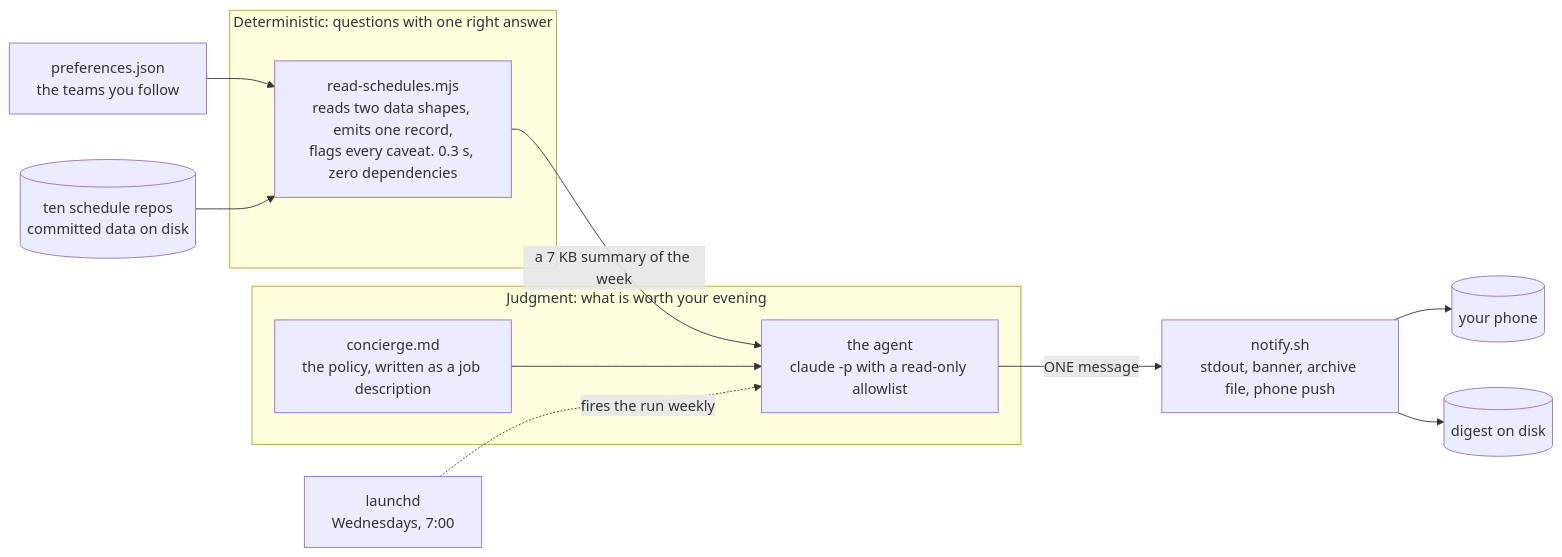
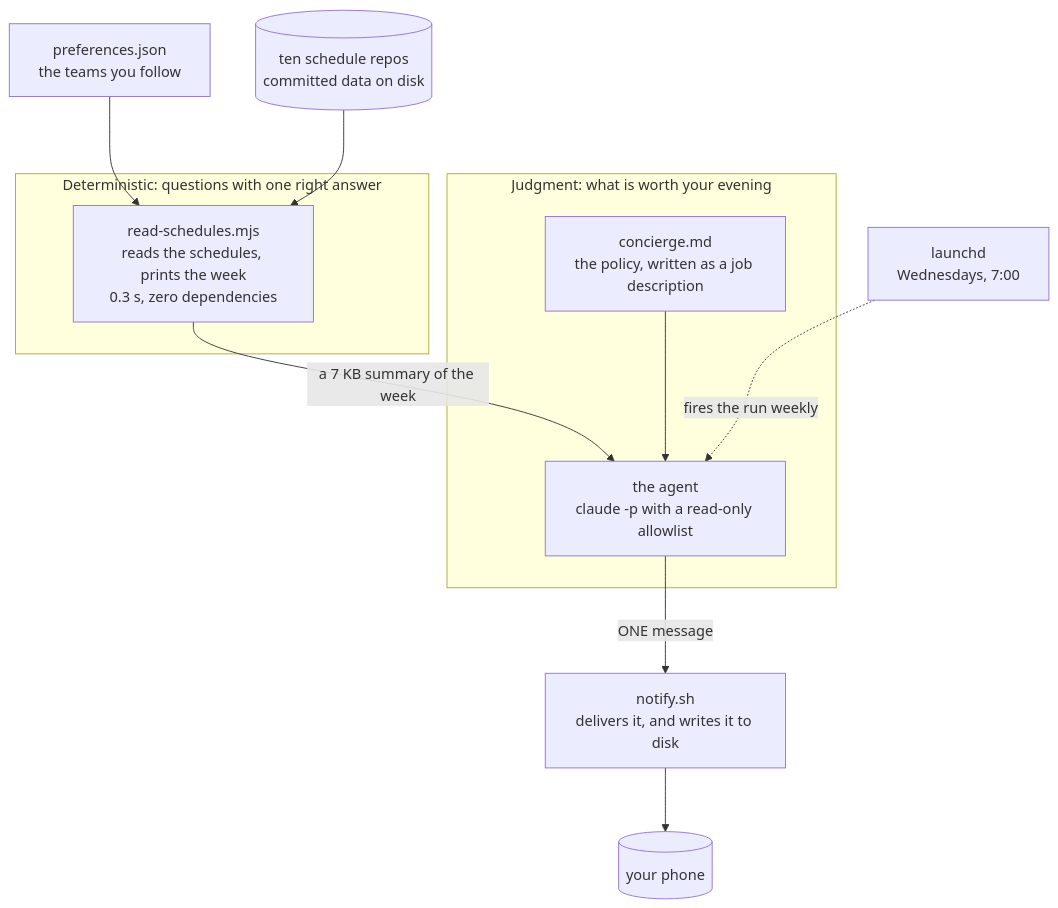
One commit to ismayc/never-miss-a-game changed the diagram in README.md. Above: the diagram before and after it, drawn with Mermaid. The commit also changed other lines of this file and 5 other files, not shown here.

````diff
--- a/README.md
+++ b/README.md
@@ -26,16 +9,16 @@
 ```mermaid
-flowchart LR
+%%{init: {"flowchart": {"nodeSpacing": 50, "rankSpacing": 70, "padding": 16}}}%%
+flowchart TD
     P["preferences.json<br/>the teams you follow"] --> T
     R[("ten schedule repos<br/>committed data on disk")] --> T
     subgraph det["Deterministic: questions with one right answer"]
-        T["read-schedules.mjs<br/>reads two data shapes, emits one record,<br/>flags every caveat. 0.3 s, zero dependencies"]
+        T["read-schedules.mjs<br/>reads the schedules, prints the week<br/>0.3 s, zero dependencies"]
     end
     T -- "a 7 KB summary of the week" --> A
     subgraph jud["Judgment: what is worth your evening"]
         M["concierge.md<br/>the policy, written as a job description"] --> A["the agent<br/>claude -p with a read-only allowlist"]
     end
-    A -- "ONE message" --> N["notify.sh<br/>stdout, banner, archive file, phone push"]
+    L["launchd<br/>Wednesdays, 7:00"] -. "fires the run weekly" .-> A
+    A -- "ONE message" --> N["notify.sh<br/>delivers it, and writes it to disk"]
     N --> PH[("your phone")]
-    N --> F[("digest on disk")]
-    L["launchd<br/>Wednesdays, 7:00"] -. "fires the run weekly" .-> A
 ```
````
